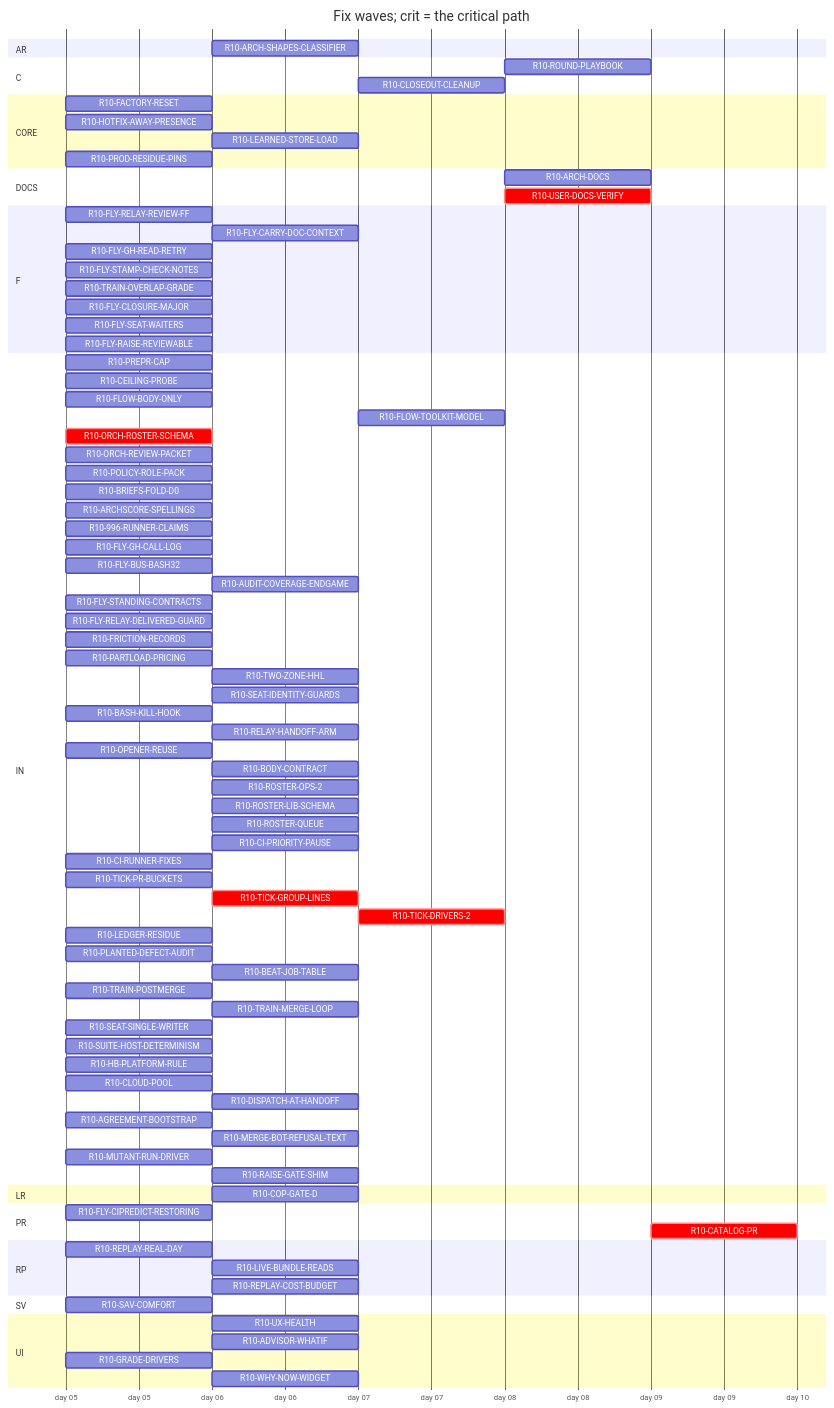
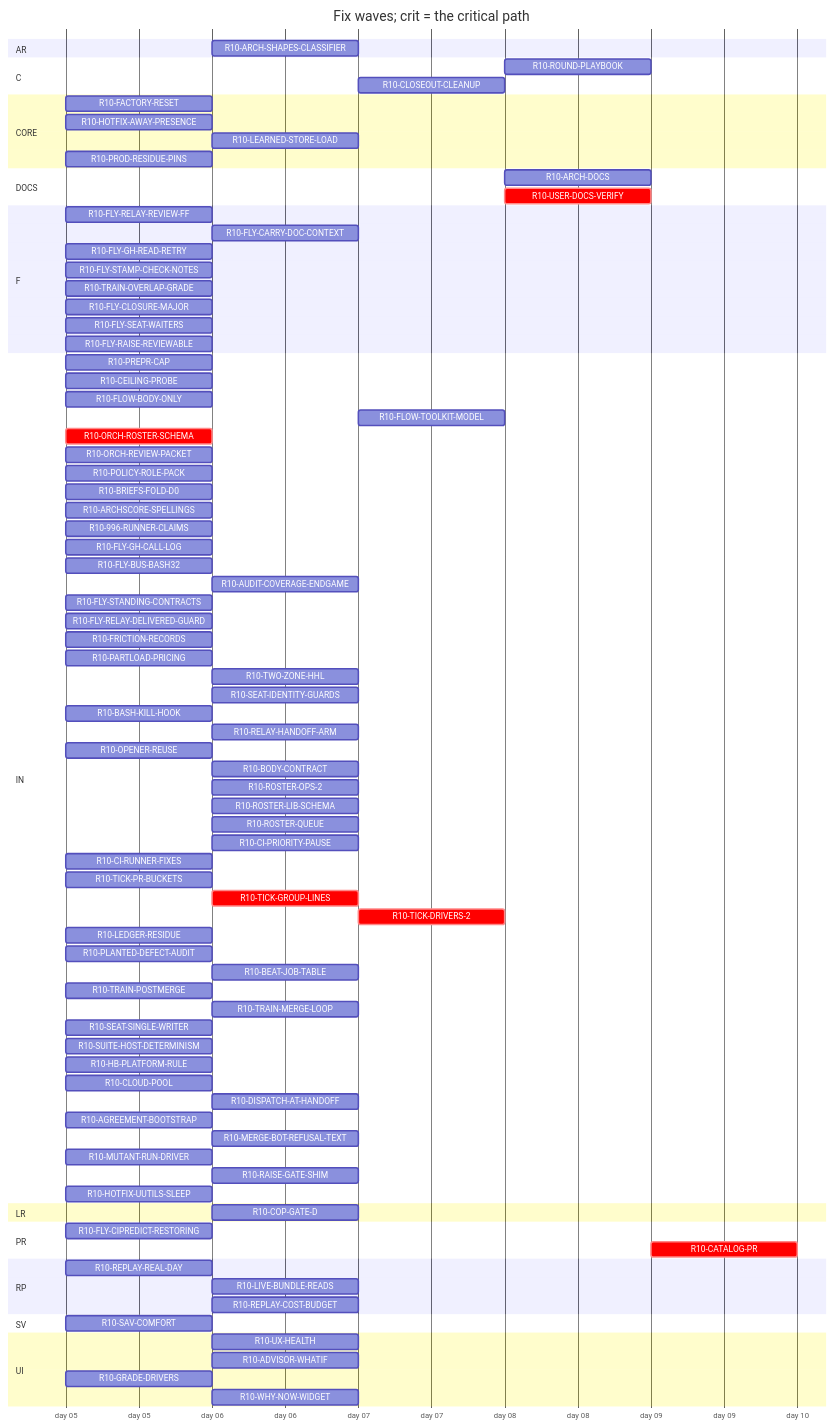
Before and after one commit to tvofi/heatpump_optimizer: the diagram in handoff/round10/state/PLAN-TABLE.md, drawn with Mermaid. The commit also changed other lines of this file and 3 other files, not shown here.

Commit message:
state: FLOW-BOARD.md, NEXT-SESSION-PROMPT.md, PLAN-TABLE.md, RESUME-CURRENT.md regenerated (state_docs.py)

```diff
--- a/handoff/round10/state/PLAN-TABLE.md
+++ b/handoff/round10/state/PLAN-TABLE.md
@@ -94,6 +94,7 @@
     R10-MERGE-BOT-REFUSAL-TEXT :r10MERGEBOTREFUSALTEXT, after r10996RUNNERCLAIMS, 1d
     R10-MUTANT-RUN-DRIVER :r10MUTANTRUNDRIVER, 2026-01-05, 1d
     R10-RAISE-GATE-SHIM :r10RAISEGATESHIM, after r10FLYGHCALLLOG, 1d
+    R10-HOTFIX-UUTILS-SLEEP :r10HOTFIXUUTILSSLEEP, 2026-01-05, 1d
   section LR
     R10-COP-GATE-D :r10COPGATED, after r10CEILINGPROBE, 1d
   section PR
```
